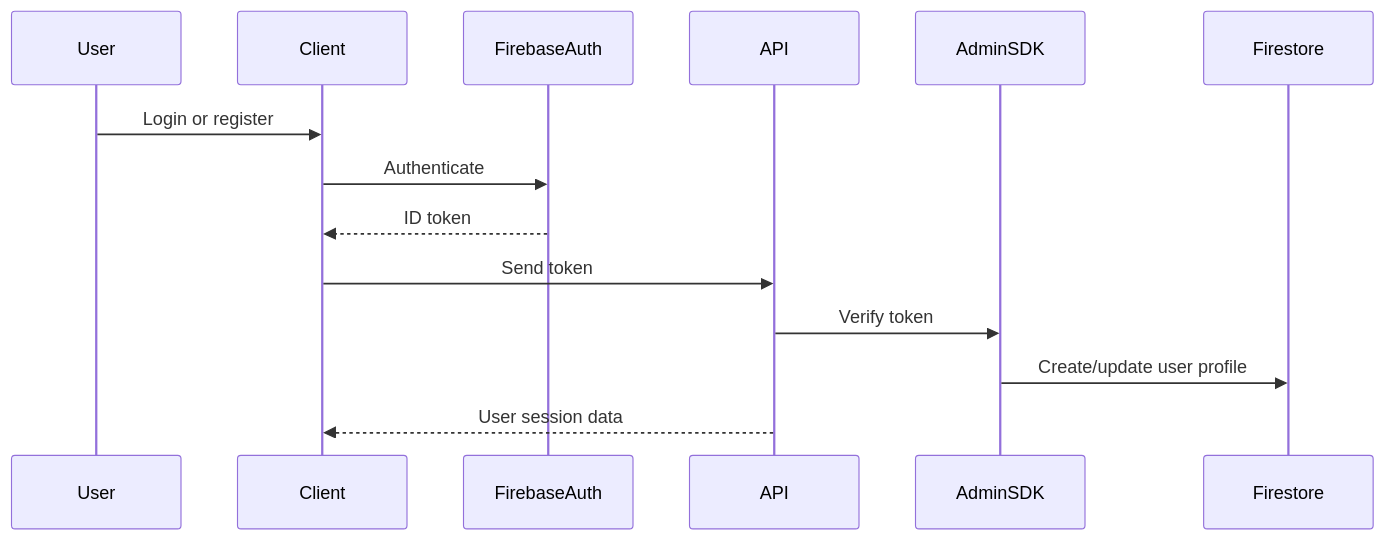
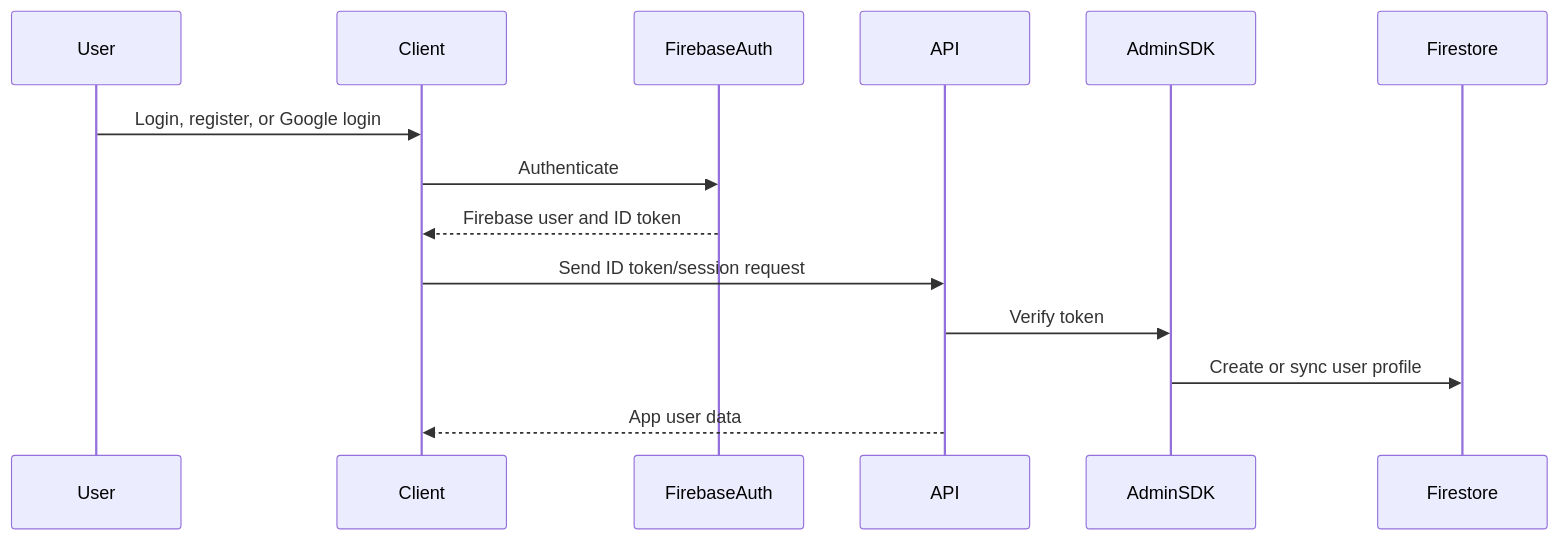
Before and after one commit to KemVani3110/CineHub: the second of 6 diagrams in doc/architecture.md, drawn with Mermaid. The commit also changed other lines of this file and 6 other files, not shown here.

````diff
--- a/doc/architecture.md
+++ b/doc/architecture.md
@@ -45,17 +46,17 @@
 ```mermaid
 sequenceDiagram
   participant User
   participant Client
   participant FirebaseAuth
   participant API
   participant AdminSDK
   participant Firestore
 
-  User->>Client: Login or register
+  User->>Client: Login, register, or Google login
   Client->>FirebaseAuth: Authenticate
-  FirebaseAuth-->>Client: ID token
-  Client->>API: Send token
+  FirebaseAuth-->>Client: Firebase user and ID token
+  Client->>API: Send ID token/session request
   API->>AdminSDK: Verify token
-  AdminSDK->>Firestore: Create/update user profile
-  API-->>Client: User session data
+  AdminSDK->>Firestore: Create or sync user profile
+  API-->>Client: App user data
 ```
````
